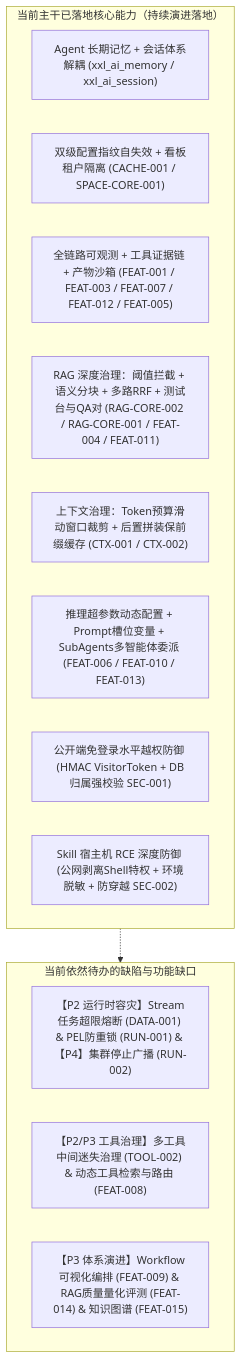
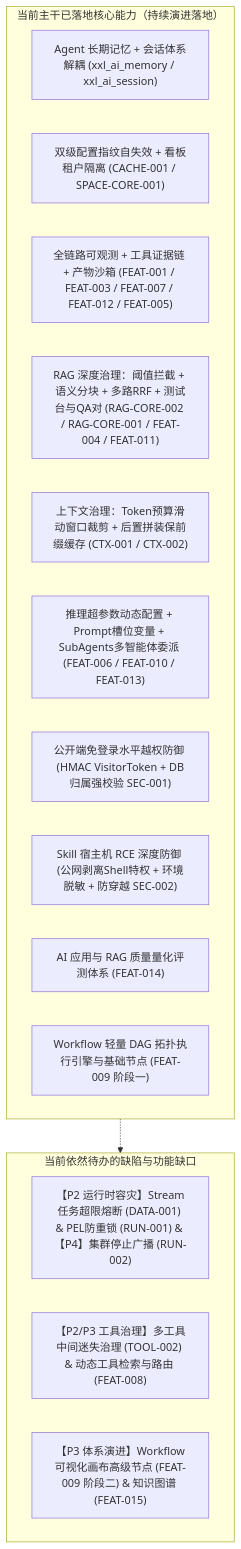
One commit to Qinstudy/xxl-ai changed the first of 2 diagrams in docs/XXL-AI-核心缺陷与功能演进优先级总表-v1.0.md. Above: the diagram before and after it, drawn with Mermaid. The commit also changed other lines of this file and 42 other files, not shown here.

Commit message:
feat(workflow): 实现轻量 Workflow DAG 执行引擎与基础节点编排 [FEAT-009 阶段一]

````diff
--- a/docs/XXL-AI-核心缺陷与功能演进优先级总表-v1.0.md
+++ b/docs/XXL-AI-核心缺陷与功能演进优先级总表-v1.0.md
@@ -34,21 +34,23 @@
 ```mermaid
 flowchart TD
     subgraph Done["当前主干已落地核心能力（持续演进落地）"]
         D1["Agent 长期记忆 + 会话体系解耦 (xxl_ai_memory / xxl_ai_session)"]
         D2["双级配置指纹自失效 + 看板租户隔离 (CACHE-001 / SPACE-CORE-001)"]
         D3["全链路可观测 + 工具证据链 + 产物沙箱 (FEAT-001 / FEAT-003 / FEAT-007 / FEAT-012 / FEAT-005)"]
         D4["RAG 深度治理：阈值拦截 + 语义分块 + 多路RRF + 测试台与QA对 (RAG-CORE-002 / RAG-CORE-001 / FEAT-004 / FEAT-011)"]
         D5["上下文治理：Token预算滑动窗口裁剪 + 后置拼装保前缀缓存 (CTX-001 / CTX-002)"]
         D6["推理超参数动态配置 + Prompt槽位变量 + SubAgents多智能体委派 (FEAT-006 / FEAT-010 / FEAT-013)"]
         D7["公开端免登录水平越权防御 (HMAC VisitorToken + DB归属强校验 SEC-001)"]
         D8["Skill 宿主机 RCE 深度防御 (公网剥离Shell特权 + 环境脱敏 + 防穿越 SEC-002)"]
+        D9["AI 应用与 RAG 质量量化评测体系 (FEAT-014)"]
+        D10["Workflow 轻量 DAG 拓扑执行引擎与基础节点 (FEAT-009 阶段一)"]
     end
 
     subgraph StillGaps["当前依然待办的缺陷与功能缺口"]
         G1["【P2 运行时容灾】Stream任务超限熔断 (DATA-001) & PEL防重锁 (RUN-001) & 【P4】集群停止广播 (RUN-002)"]
         G2["【P2/P3 工具治理】多工具中间迷失治理 (TOOL-002) & 动态工具检索与路由 (FEAT-008)"]
-        G3["【P3 体系演进】Workflow可视化编排 (FEAT-009) & RAG质量量化评测 (FEAT-014) & 知识图谱 (FEAT-015)"]
+        G3["【P3 体系演进】Workflow可视化画布高级节点 (FEAT-009 阶段二) & 知识图谱 (FEAT-015)"]
     end
 
     Done -.-> StillGaps
 ```
````
